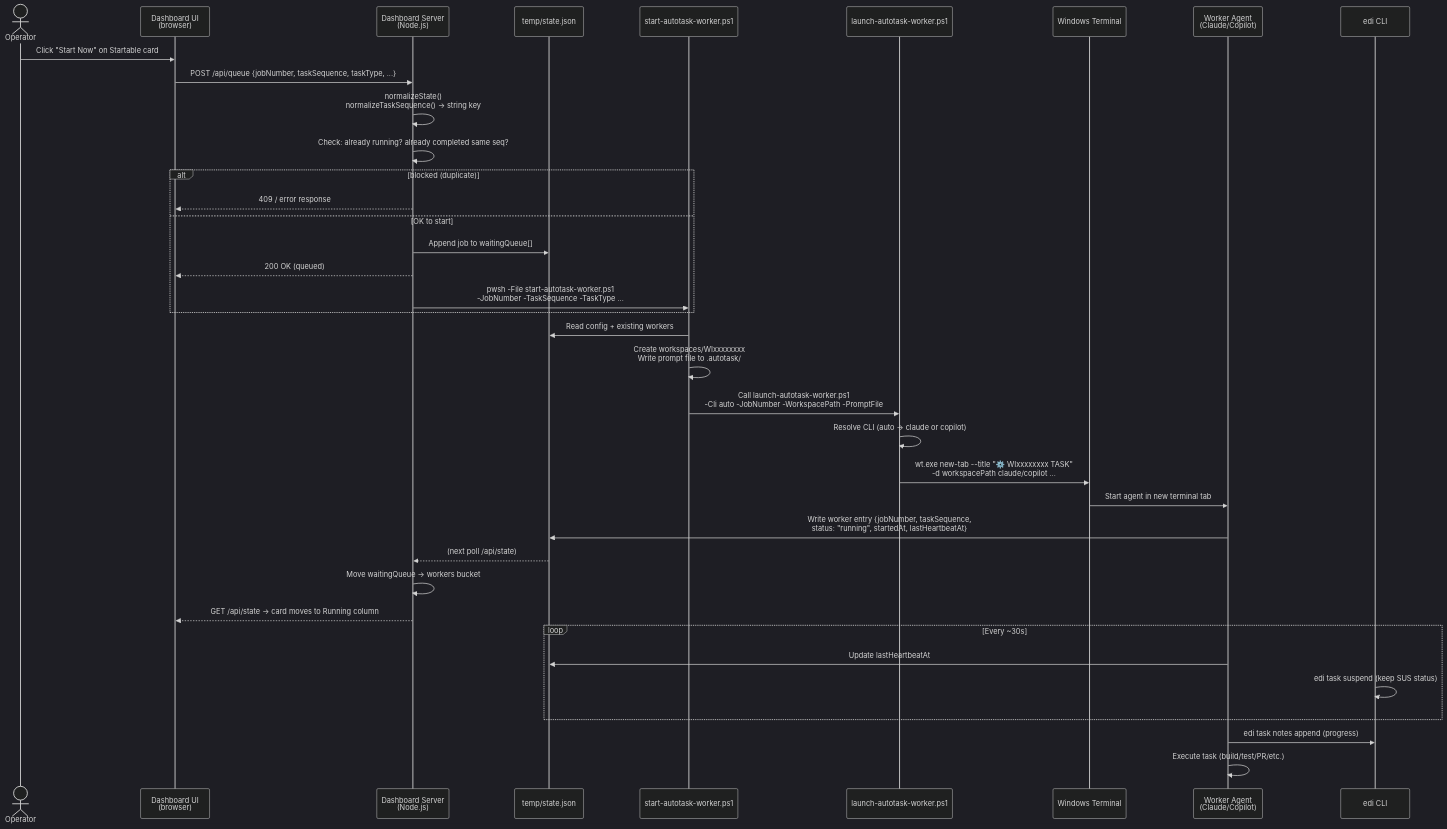
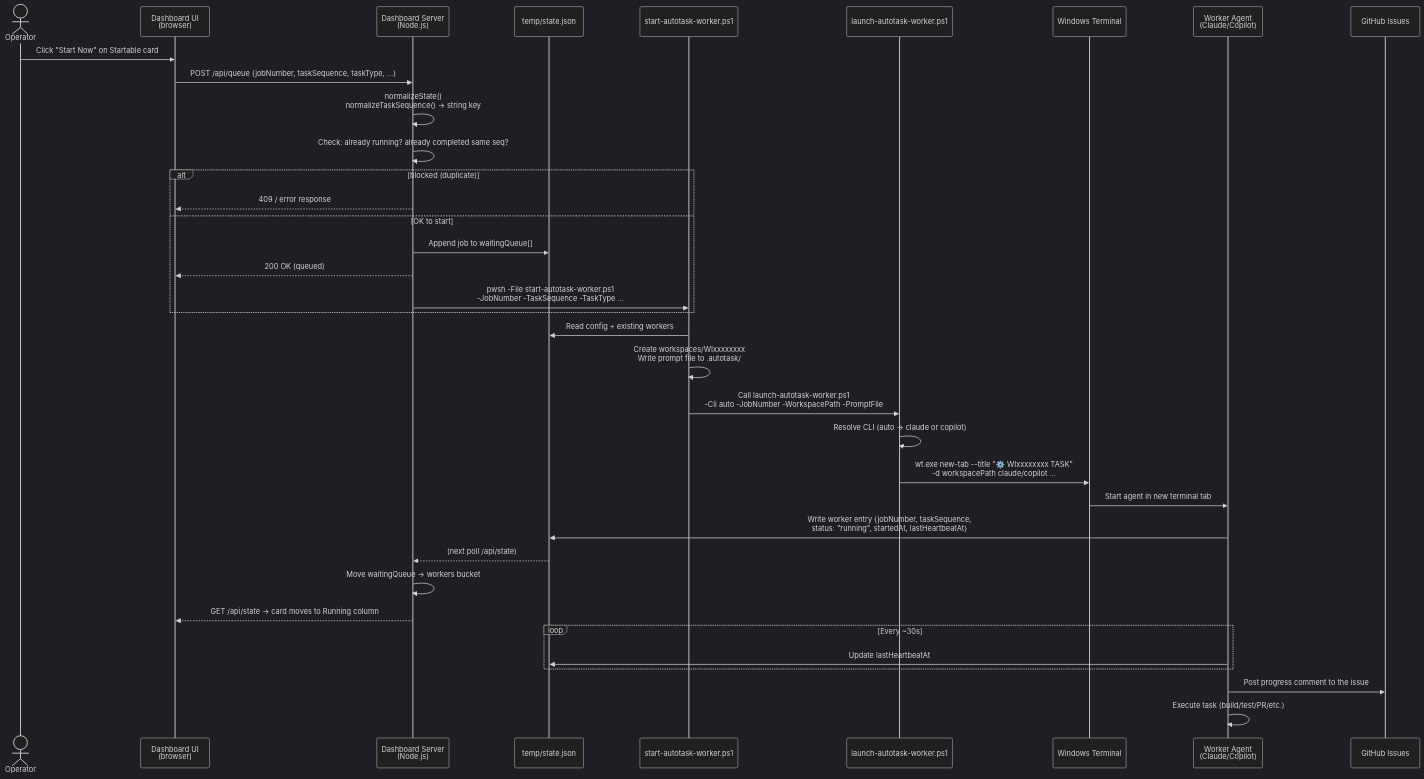
One commit to cat-hoang/ai-studio changed the second of 11 diagrams in docs/architecture-overview.md. Above: the diagram before and after it, drawn with Mermaid (dark theme). The commit also changed other lines of this file and 9 other files, not shown here.

````diff
--- a/docs/architecture-overview.md
+++ b/docs/architecture-overview.md
@@ -211,44 +132,43 @@
 ```mermaid
 sequenceDiagram
     actor Operator
     participant UI as Dashboard UI<br/>(browser)
     participant SRV as Dashboard Server<br/>(Node.js)
     participant STATE as temp/state.json
     participant START as start-autotask-worker.ps1
     participant LAUNCH as launch-autotask-worker.ps1
     participant WT as Windows Terminal
     participant AGENT as Worker Agent<br/>(Claude/Copilot)
-    participant EDI as edi CLI
+    participant GH as GitHub Issues
 
     Operator->>UI: Click "Start Now" on Startable card
     UI->>SRV: POST /api/queue {jobNumber, taskSequence, taskType, ...}
     SRV->>SRV: normalizeState()<br/>normalizeTaskSequence() → string key
     SRV->>SRV: Check: already running? already completed same seq?
     alt blocked (duplicate)
         SRV-->>UI: 409 / error response
     else OK to start
         SRV->>STATE: Append job to waitingQueue[]
         SRV-->>UI: 200 OK (queued)
         SRV->>START: pwsh -File start-autotask-worker.ps1<br/>-JobNumber -TaskSequence -TaskType ...
     end
 
     START->>STATE: Read config + existing workers
     START->>START: Create workspaces/WIxxxxxxxx<br/>Write prompt file to .autotask/
     START->>LAUNCH: Call launch-autotask-worker.ps1<br/>-Cli auto -JobNumber -WorkspacePath -PromptFile
     LAUNCH->>LAUNCH: Resolve CLI (auto → claude or copilot)
     LAUNCH->>WT: wt.exe new-tab --title "⚙️ WIxxxxxxxx TASK"<br/>-d workspacePath claude/copilot ...
 
     WT->>AGENT: Start agent in new terminal tab
     AGENT->>STATE: Write worker entry {jobNumber, taskSequence,<br/>status: "running", startedAt, lastHeartbeatAt}
     STATE-->>SRV: (next poll /api/state)
     SRV->>SRV: Move waitingQueue → workers bucket
     SRV-->>UI: GET /api/state → card moves to Running column
 
     loop Every ~30s
         AGENT->>STATE: Update lastHeartbeatAt
-        EDI->>EDI: edi task suspend (keep SUS status)
     end
 
-    AGENT->>EDI: edi task notes append (progress)
+    AGENT->>GH: Post progress comment to the issue
     AGENT->>AGENT: Execute task (build/test/PR/etc.)
 ```
````
